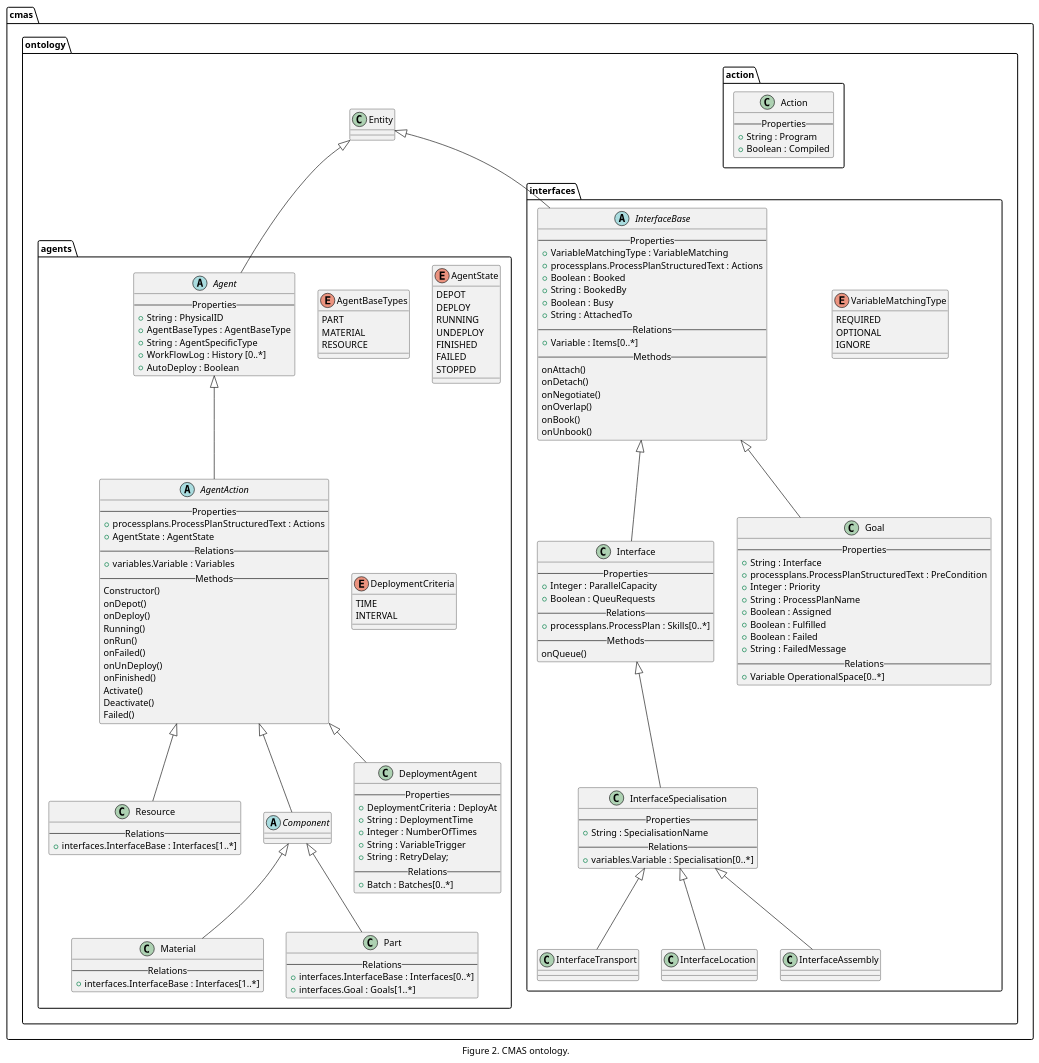
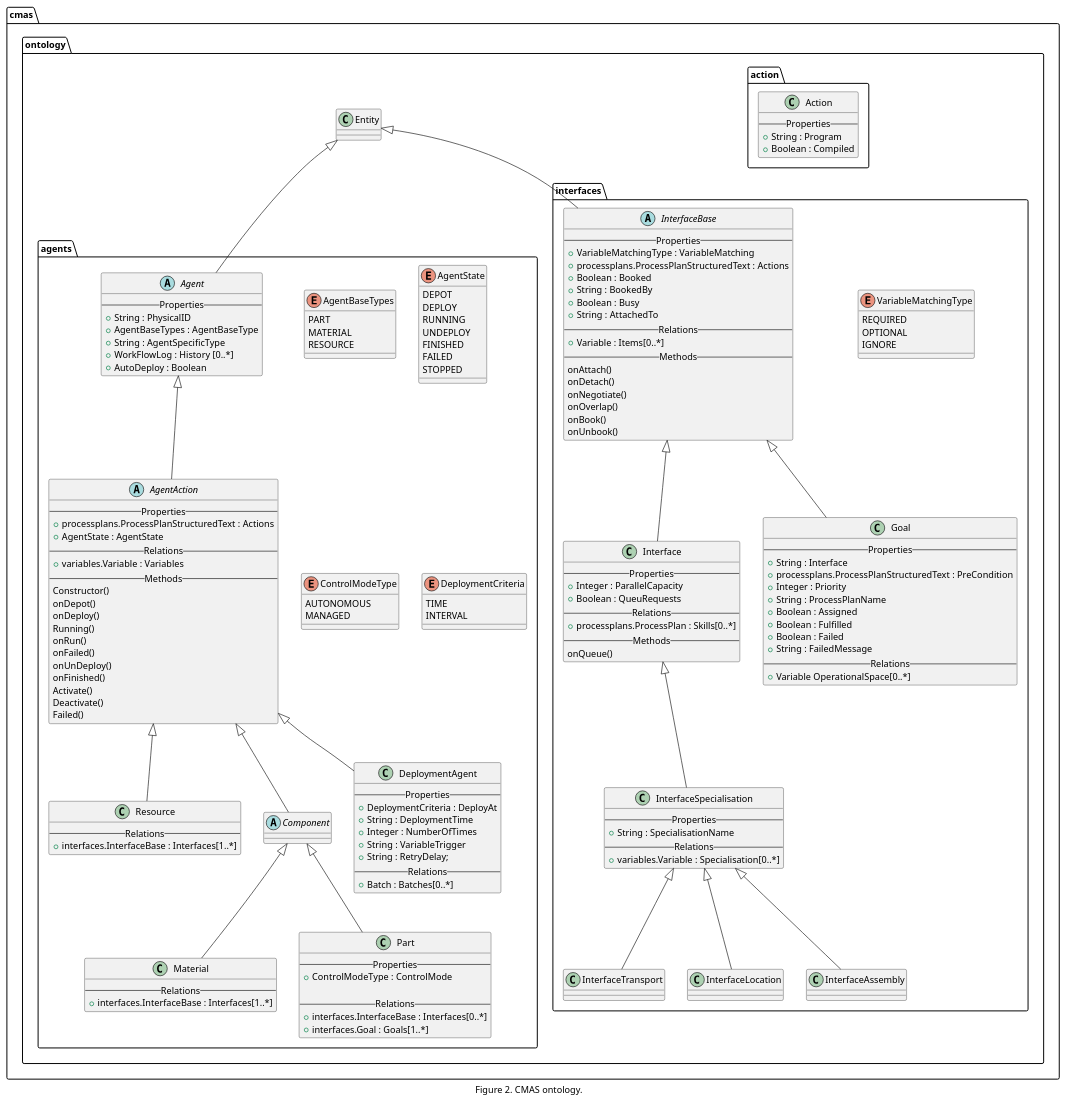
The third of 9 diagrams in docs/inline_umlgraph_pnghtml.pu (UniversityWest-IndustrialAutomation/CMAS), drawn with PlantUML before and after one commit. The commit also changed other lines of this file and 849 other files, not shown here.

```diff
--- a/docs/inline_umlgraph_pnghtml.pu
+++ b/docs/inline_umlgraph_pnghtml.pu
@@ -106,170 +106,178 @@
-@startuml inline_umlgraph_4.png
+@startuml inline_umlgraph_3.png
 caption Figure 2. CMAS ontology.
 
 
 package cmas.ontology {
 
 
 package agents {
 
 enum AgentBaseTypes { 
     PART
     MATERIAL
     RESOURCE
     }
     
 enum AgentState {
     DEPOT
     DEPLOY
     RUNNING
     UNDEPLOY
     FINISHED
     FAILED
     STOPPED
 }
+
+enum ControlModeType {
+        AUTONOMOUS
+        MANAGED
+    }
 
 abstract class Agent extends cmas.ontology.Entity {
     -- Properties --
     +String : PhysicalID
     +AgentBaseTypes : AgentBaseType
     +String : AgentSpecificType
     +WorkFlowLog : History [0..*]   
     +AutoDeploy : Boolean
 }
 
 abstract class AgentAction extends Agent {
     -- Properties --
     +processplans.ProcessPlanStructuredText : Actions
     +AgentState : AgentState
     -- Relations --
     +variables.Variable : Variables
     -- Methods --
     Constructor()
     onDepot()
     onDeploy()
     Running()
     onRun()
     onFailed()
     onUnDeploy()
     onFinished()
     Activate()
     Deactivate()
     Failed()
 }
 
 class Resource extends AgentAction {
 -- Relations --
     +interfaces.InterfaceBase : Interfaces[1..*]
 }
 
 abstract class Component extends AgentAction{
 }
 
 class Material extends Component {
 -- Relations --
     +interfaces.InterfaceBase : Interfaces[1..*]
 }
 
 class Part extends Component {
--- Relations --
+    -- Properties --
+    +ControlModeType : ControlMode
+
+    -- Relations --
     +interfaces.InterfaceBase : Interfaces[0..*]
     +interfaces.Goal : Goals[1..*]
 }
 
 class DeploymentAgent extends AgentAction {
     -- Properties --
     +DeploymentCriteria : DeployAt
     +String : DeploymentTime
     +Integer : NumberOfTimes
     +String : VariableTrigger
     +String : RetryDelay;
     -- Relations --
     +Batch : Batches[0..*]      
 }
 
 enum DeploymentCriteria { 
     TIME
     INTERVAL
 }
 
 }
 
 package interfaces {
 
 enum VariableMatchingType {
     REQUIRED
     OPTIONAL
     IGNORE 
 }
 
 abstract class InterfaceBase extends cmas.ontology.Entity {
     -- Properties --
     +VariableMatchingType : VariableMatching
     +processplans.ProcessPlanStructuredText : Actions
     +Boolean : Booked
     +String : BookedBy
     +Boolean : Busy
     +String : AttachedTo
     -- Relations --
     +Variable : Items[0..*] 
     -- Methods --
     onAttach()
     onDetach()
     onNegotiate()
     onOverlap()
     onBook()
     onUnbook()
 }
 
 class Interface extends InterfaceBase {
     -- Properties --
     +Integer : ParallelCapacity
     +Boolean : QueuRequests
     -- Relations --
     +processplans.ProcessPlan : Skills[0..*]
     -- Methods --
     onQueue()
 }
 
 class Goal extends InterfaceBase {
     -- Properties --
     +String : Interface
     +processplans.ProcessPlanStructuredText : PreCondition
     +Integer : Priority
     +String : ProcessPlanName
     +Boolean : Assigned
     +Boolean : Fulfilled
     +Boolean : Failed
     +String : FailedMessage
     -- Relations --
     +Variable OperationalSpace[0..*]    
 }
 
 class InterfaceSpecialisation extends Interface {
     -- Properties --
     +String : SpecialisationName
     -- Relations --
     +variables.Variable : Specialisation[0..*]
 }
 
 class InterfaceTransport extends InterfaceSpecialisation {
 }
 
 class InterfaceLocation extends InterfaceSpecialisation {
 }
 
 class InterfaceAssembly extends InterfaceSpecialisation {
 }
 
 }
 
 package action {
     class Action {
         -- Properties --
         +String : Program
         +Boolean : Compiled
     }
 }
 
 }
 @enduml
```
